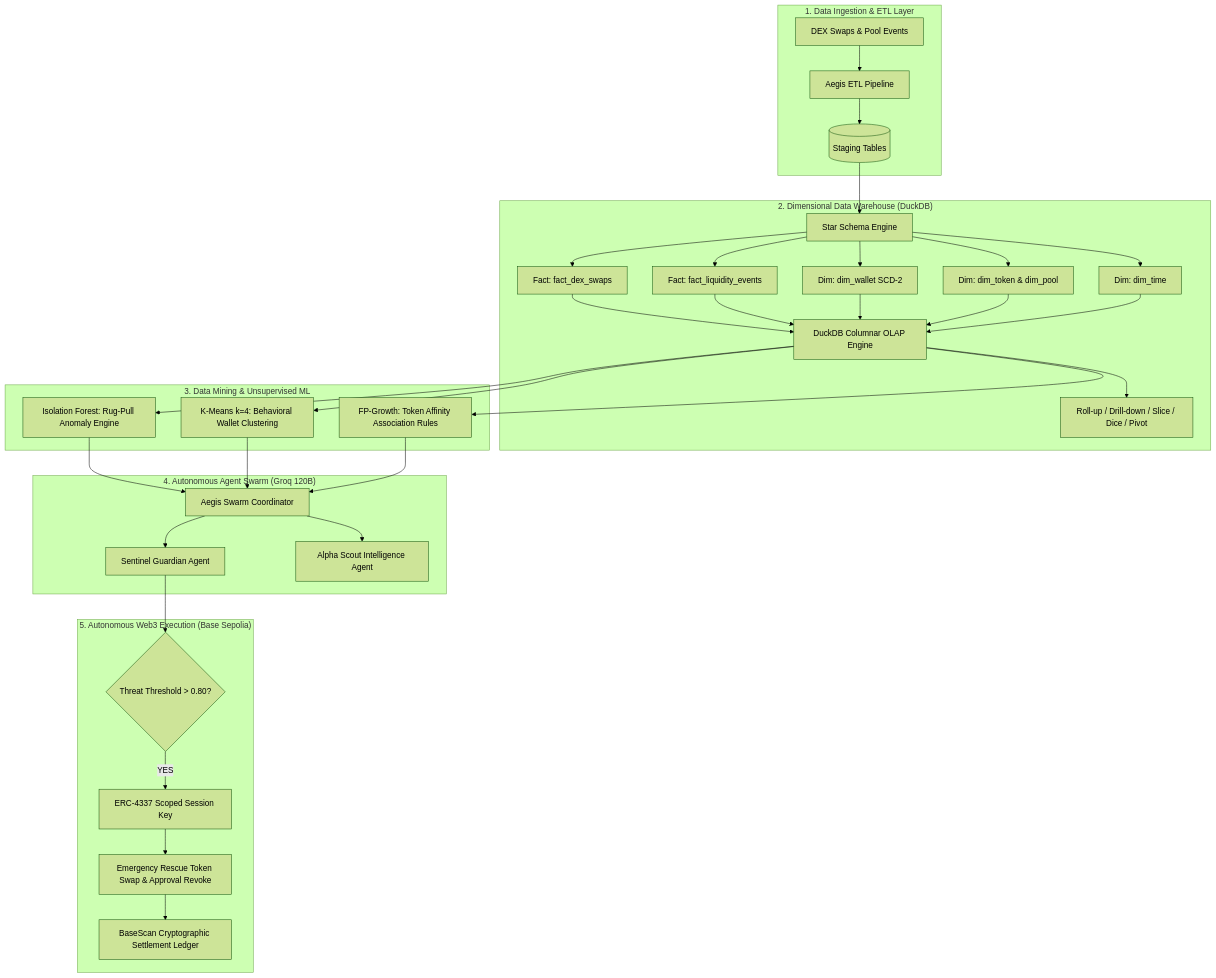
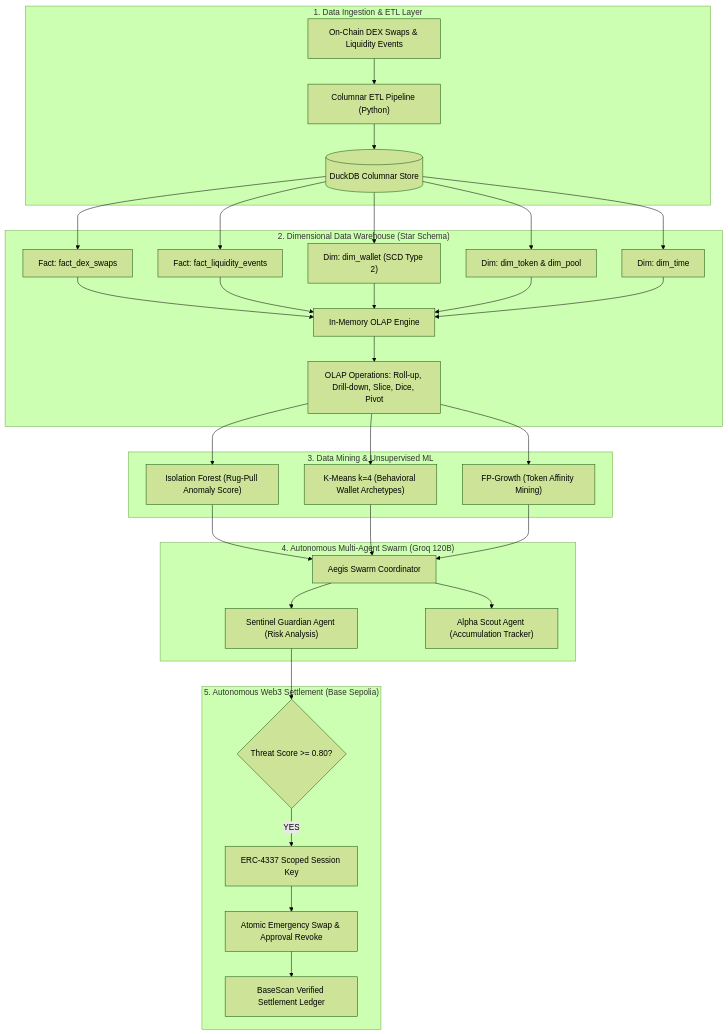
Before and after one commit to JeedimetlaCharan704/aegis-dwdm-agent: the diagram in README.md, drawn with Mermaid (forest theme). The commit also changed other lines of this file, not shown here.

Commit message:
docs: add resume-ready engineering summary, benchmarks, and fix Mermaid diagram syntax

````diff
--- a/README.md
+++ b/README.md
@@ -18,37 +34,42 @@
 ```mermaid
 flowchart TD
-    subgraph DataIngestion ["1. Data Ingestion & ETL Layer"]
-        A[DEX Swaps & Pool Events] --> B[Aegis ETL Pipeline]
-        B --> C[(Staging Tables)]
+    subgraph S1 ["1. Data Ingestion & ETL Layer"]
+        A["On-Chain DEX Swaps & Liquidity Events"] --> B["Columnar ETL Pipeline (Python)"]
+        B --> C[("DuckDB Columnar Store")]
     end
 
-    subgraph DWH ["2. Dimensional Data Warehouse (DuckDB)"]
-        C --> D[Star Schema Engine]
-        D --> E[Fact: fact_dex_swaps]
-        D --> F[Fact: fact_liquidity_events]
-        D --> G[Dim: dim_wallet SCD-2]
-        D --> H[Dim: dim_token & dim_pool]
-        D --> I[Dim: dim_time]
-        E & F & G & H & I --> J[DuckDB Columnar OLAP Engine]
-        J --> K[Roll-up / Drill-down / Slice / Dice / Pivot]
+    subgraph S2 ["2. Dimensional Data Warehouse (Star Schema)"]
+        C --> D["Fact: fact_dex_swaps"]
+        C --> E["Fact: fact_liquidity_events"]
+        C --> F["Dim: dim_wallet (SCD Type 2)"]
+        C --> G["Dim: dim_token & dim_pool"]
+        C --> H["Dim: dim_time"]
+        D --> I["In-Memory OLAP Engine"]
+        E --> I
+        F --> I
+        G --> I
+        H --> I
+        I --> J["OLAP Operations: Roll-up, Drill-down, Slice, Dice, Pivot"]
     end
 
-    subgraph Mining ["3. Data Mining & Unsupervised ML"]
-        J --> L[Isolation Forest: Rug-Pull Anomaly Engine]
-        J --> M[K-Means k=4: Behavioral Wallet Clustering]
-        J --> N[FP-Growth: Token Affinity Association Rules]
+    subgraph S3 ["3. Data Mining & Unsupervised ML"]
+        J --> K["Isolation Forest (Rug-Pull Anomaly Score)"]
+        J --> L["K-Means k=4 (Behavioral Wallet Archetypes)"]
+        J --> M["FP-Growth (Token Affinity Mining)"]
     end
 
-    subgraph Agents ["4. Autonomous Agent Swarm (Groq 120B)"]
-        L & M & N --> O[Aegis Swarm Coordinator]
-        O --> P[Sentinel Guardian Agent]
-        O --> Q[Alpha Scout Intelligence Agent]
+    subgraph S4 ["4. Autonomous Multi-Agent Swarm (Groq 120B)"]
+        K --> N["Aegis Swarm Coordinator"]
+        L --> N
+        M --> N
+        N --> O["Sentinel Guardian Agent (Risk Analysis)"]
+        N --> P["Alpha Scout Agent (Accumulation Tracker)"]
     end
 
-    subgraph Settlement ["5. Autonomous Web3 Execution (Base Sepolia)"]
-        P --> R{Threat Threshold > 0.80?}
-        R -- YES --> S[ERC-4337 Scoped Session Key]
-        S --> T[Emergency Rescue Token Swap & Approval Revoke]
-        T --> U[BaseScan Cryptographic Settlement Ledger]
+    subgraph S5 ["5. Autonomous Web3 Settlement (Base Sepolia)"]
+        O --> Q{"Threat Score >= 0.80?"}
+        Q -- "YES" --> R["ERC-4337 Scoped Session Key"]
+        R --> S["Atomic Emergency Swap & Approval Revoke"]
+        S --> T["BaseScan Verified Settlement Ledger"]
     end
 ```
````
